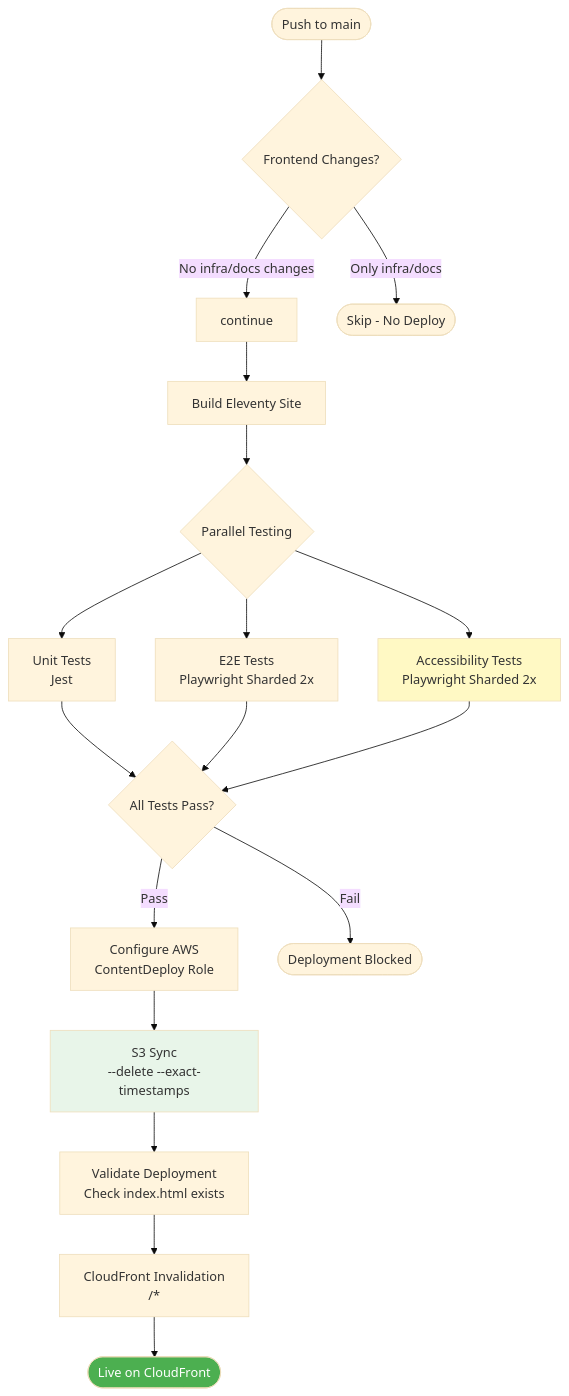
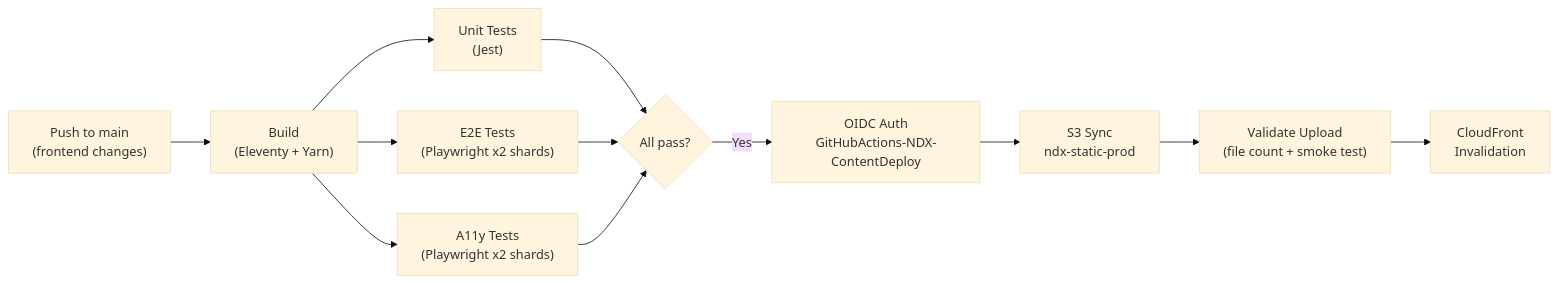
Before and after one commit to co-cddo/ndx-try-arch: the second of 15 diagrams in docs/52-deployment-flows.md, drawn with Mermaid (base theme). The commit also changed other lines of this file and 41 other files, not shown here.

First line of the commit message:
docs: update NDX architecture documentation (#9)

````diff
--- a/docs/52-deployment-flows.md
+++ b/docs/52-deployment-flows.md
@@ -518,29 +84,14 @@
 ```mermaid
-flowchart TB
-    start([Push to main]) --> path_check{Frontend Changes?}
-    path_check -->|No infra/docs changes| continue
-    path_check -->|Only infra/docs| skip([Skip - No Deploy])
-
-    continue --> build[Build Eleventy Site]
-    build --> test_parallel{Parallel Testing}
-
-    test_parallel --> test_unit[Unit Tests<br/>Jest]
-    test_parallel --> test_e2e[E2E Tests<br/>Playwright Sharded 2x]
-    test_parallel --> test_a11y[Accessibility Tests<br/>Playwright Sharded 2x]
-
-    test_unit --> all_pass{All Tests Pass?}
-    test_e2e --> all_pass
-    test_a11y --> all_pass
-
-    all_pass -->|Pass| oidc[Configure AWS<br/>ContentDeploy Role]
-    all_pass -->|Fail| fail([Deployment Blocked])
-
-    oidc --> s3_sync[S3 Sync<br/>--delete --exact-timestamps]
-    s3_sync --> validate[Validate Deployment<br/>Check index.html exists]
-    validate --> invalidate[CloudFront Invalidation<br/>/*]
-    invalidate --> deployed([Live on CloudFront])
-
-    style test_a11y fill:#fff9c4
-    style s3_sync fill:#e8f5e9
-    style deployed fill:#4caf50,color:#fff
+graph LR
+    A["Push to main<br/>(frontend changes)"] --> B["Build<br/>(Eleventy + Yarn)"]
+    B --> C["Unit Tests<br/>(Jest)"]
+    B --> D["E2E Tests<br/>(Playwright x2 shards)"]
+    B --> E["A11y Tests<br/>(Playwright x2 shards)"]
+    C --> F{"All pass?"}
+    D --> F
+    E --> F
+    F -->|Yes| G["OIDC Auth<br/>GitHubActions-NDX-ContentDeploy"]
+    G --> H["S3 Sync<br/>ndx-static-prod"]
+    H --> I["Validate Upload<br/>(file count + smoke test)"]
+    I --> J["CloudFront<br/>Invalidation"]
 ```
````
